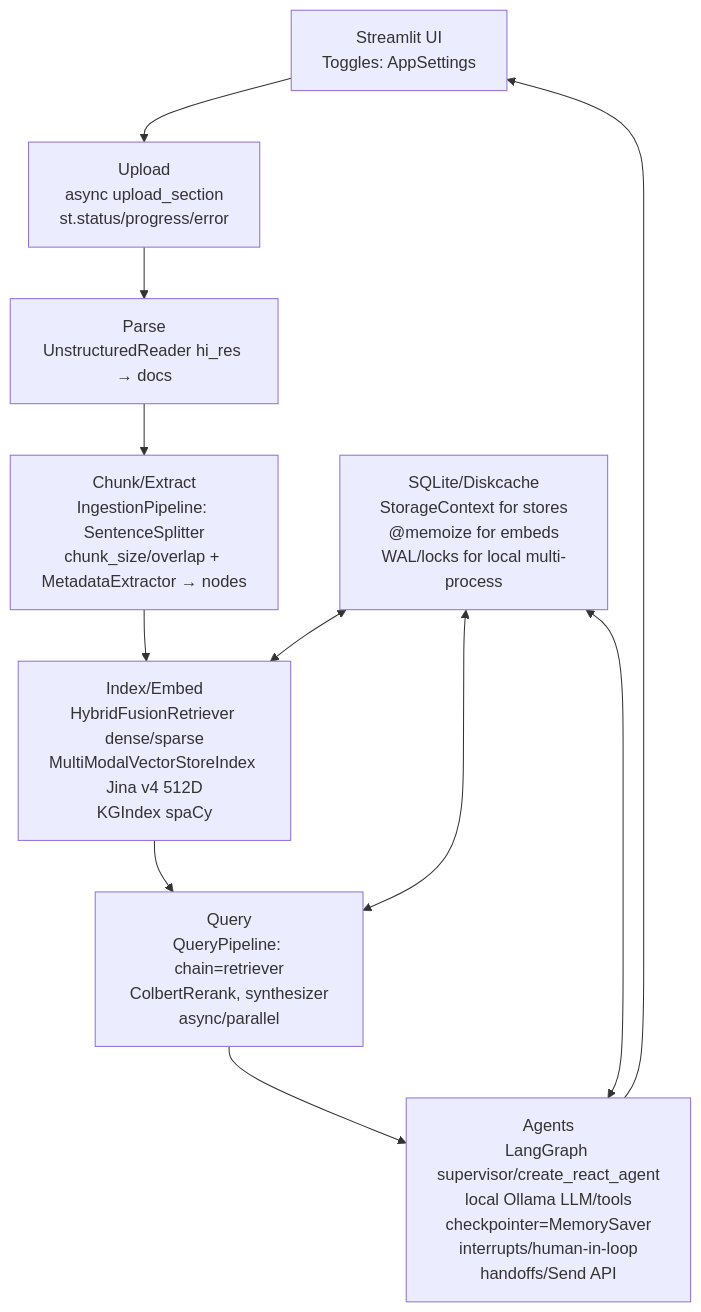
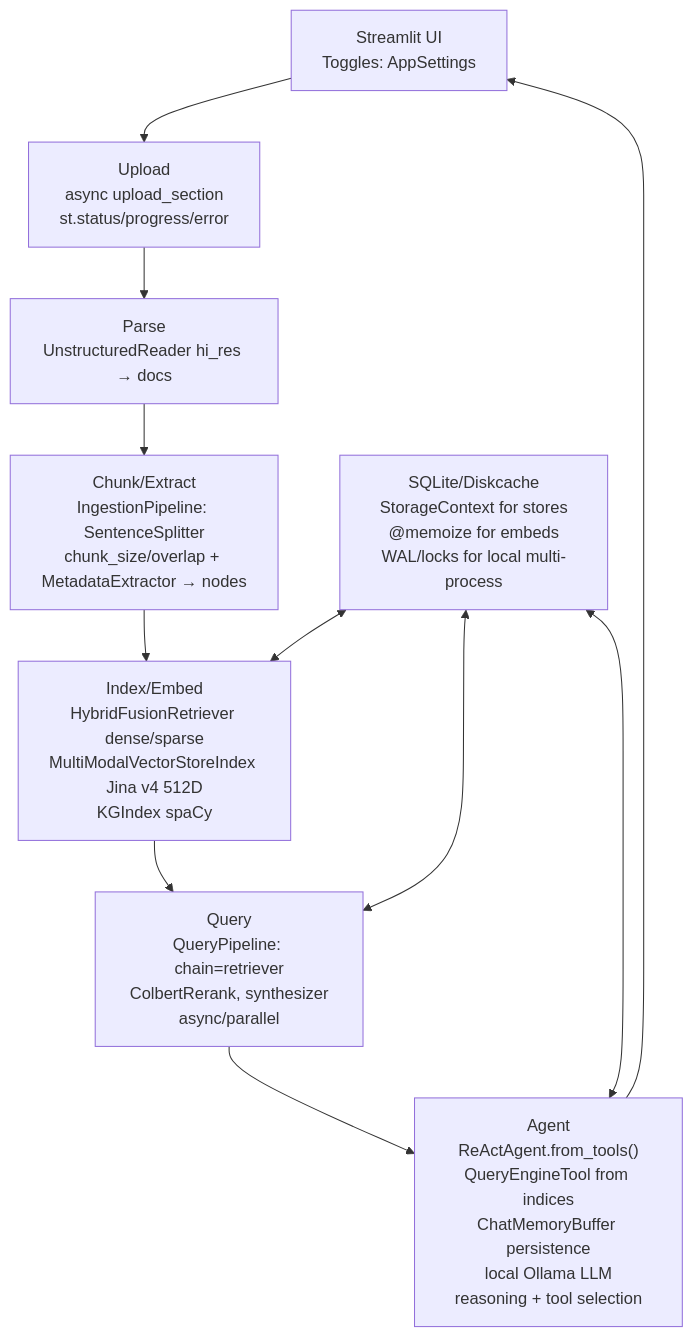
One commit to BjornMelin/docmind-ai-llm changed the diagram in docs/adrs/001-architecture-overview.md. Above: the diagram before and after it, drawn with Mermaid. The commit also changed other lines of this file and 5 other files, not shown here.

First line of the commit message:
refactor: update architecture and analysis pipeline to single ReActAgent

````diff
--- a/docs/adrs/001-architecture-overview.md
+++ b/docs/adrs/001-architecture-overview.md
@@ -77,13 +79,13 @@
 ```mermaid
 graph TD
     A["Streamlit UI<br/>Toggles: AppSettings"] --> B["Upload<br/>async upload_section<br/>st.status/progress/error"]
     B --> C["Parse<br/>UnstructuredReader hi_res → docs"]
     C --> D["Chunk/Extract<br/>IngestionPipeline: SentenceSplitter<br/>chunk_size/overlap + MetadataExtractor → nodes"]
     D --> E["Index/Embed<br/>HybridFusionRetriever dense/sparse<br/>MultiModalVectorStoreIndex Jina v4 512D<br/>KGIndex spaCy"]
     E --> F["Query<br/>QueryPipeline: chain=retriever<br/>ColbertRerank, synthesizer<br/>async/parallel"]
-    F --> G["Agents<br/>LangGraph supervisor/create_react_agent<br/>local Ollama LLM/tools<br/>checkpointer=MemorySaver<br/>interrupts/human-in-loop<br/>handoffs/Send API"]
+    F --> G["Agent<br/>ReActAgent.from_tools()<br/>QueryEngineTool from indices<br/>ChatMemoryBuffer persistence<br/>local Ollama LLM<br/>reasoning + tool selection"]
     G --> A
     H["SQLite/Diskcache<br/>StorageContext for stores<br/>@memoize for embeds<br/>WAL/locks for local multi-process"] <--> E
     H <--> F
     H <--> G
 ```
````
